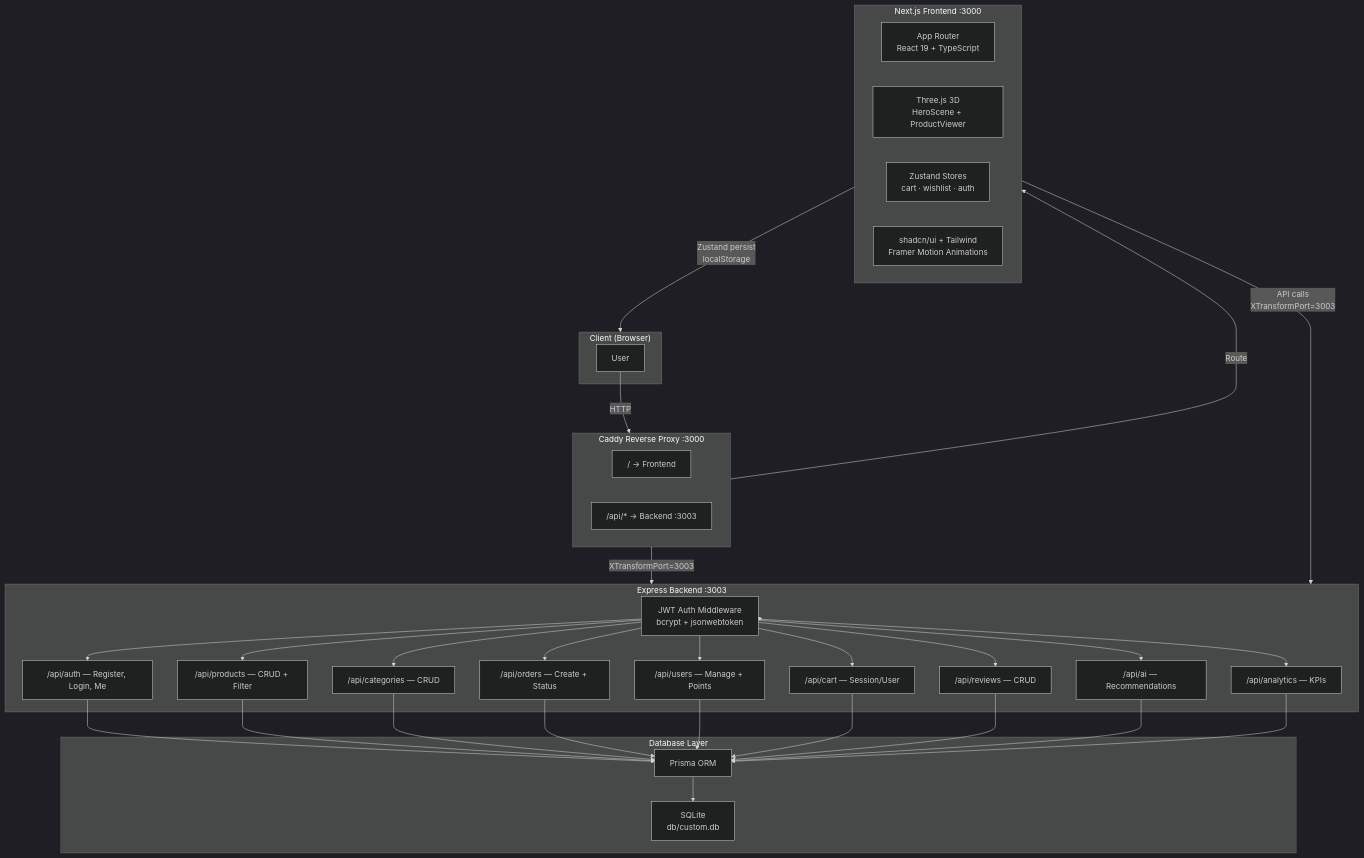
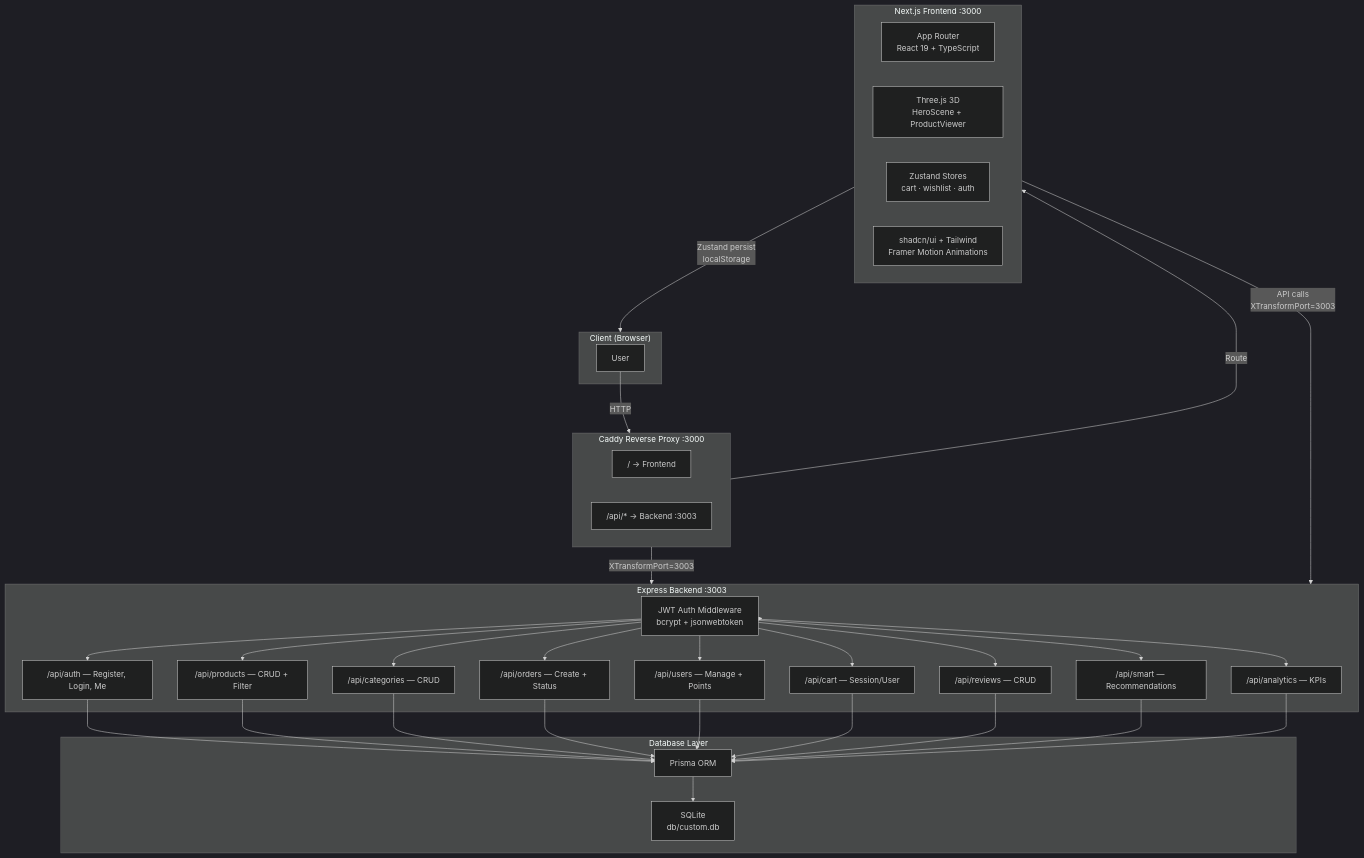
The first of 8 diagrams in README.md (selmahacii/Darna4commerce), drawn with Mermaid (dark theme) before and after one commit. The commit also changed other lines of this file and 12 other files, not shown here.

````diff
--- a/README.md
+++ b/README.md
@@ -10,46 +3,46 @@
 ```mermaid
 graph TB
     subgraph Client["Client (Browser)"]
         U[User]
     end
 
     subgraph Gateway["Caddy Reverse Proxy :3000"]
         C1["/ → Frontend"]
         C2["/api/* → Backend :3003"]
     end
 
     subgraph Frontend["Next.js Frontend :3000"]
         NX["App Router<br/>React 19 + TypeScript"]
         R3["Three.js 3D<br/>HeroScene + ProductViewer"]
         ZS["Zustand Stores<br/>cart · wishlist · auth"]
         SH["shadcn/ui + Tailwind<br/>Framer Motion Animations"]
     end
 
     subgraph Backend["Express Backend :3003"]
         AUTH["JWT Auth Middleware<br/>bcrypt + jsonwebtoken"]
         R1["/api/auth — Register, Login, Me"]
         R2["/api/products — CRUD + Filter"]
         R3B["/api/categories — CRUD"]
         R4["/api/orders — Create + Status"]
         R5["/api/users — Manage + Points"]
         R6["/api/cart — Session/User"]
         R7["/api/reviews — CRUD"]
-        R8["/api/ai — Recommendations"]
+        R8["/api/smart — Recommendations"]
         R9["/api/analytics — KPIs"]
     end
 
     subgraph DB["Database Layer"]
         PR["Prisma ORM"]
         SQ["SQLite<br/>db/custom.db"]
     end
 
     U -->|"HTTP"| Gateway
     Gateway -->|"Route"| Frontend
     Gateway -->|"XTransformPort=3003"| Backend
     Frontend -->|"API calls<br/>XTransformPort=3003"| Backend
     Frontend -->|"Zustand persist<br/>localStorage"| Client
     Backend --> AUTH
     AUTH --> R1 & R2 & R3B & R4 & R5 & R6 & R7 & R8 & R9
     R1 & R2 & R3B & R4 & R5 & R6 & R7 & R8 & R9 --> PR
     PR --> SQ
 ```
````
